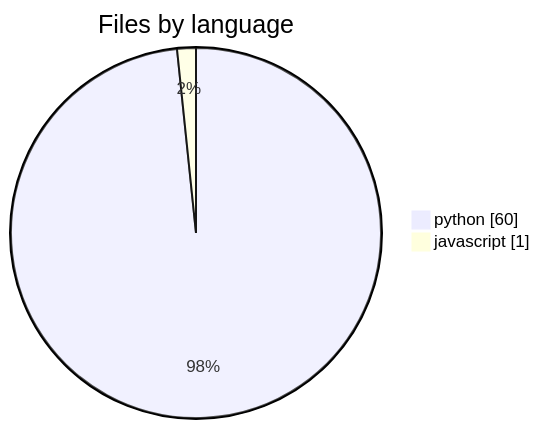
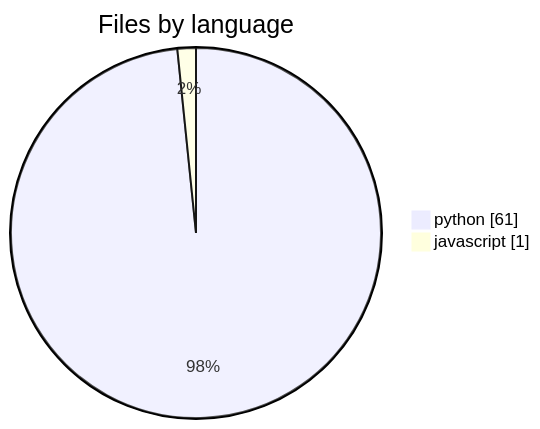
The fourth of 6 diagrams in .mentis/context/architecture.md (wolframs/jspace-probes), drawn with Mermaid before and after one commit. The commit also changed other lines of this file and 119 other files, not shown here.

First line of the commit message:
apparatus-12 lands: the Fig-4C concept swap, built and first-fired

````diff
--- a/.mentis/context/architecture.md
+++ b/.mentis/context/architecture.md
@@ -38,5 +38,5 @@
 ```mermaid
 pie showData title Files by language
-    "python" : 60
+    "python" : 61
     "javascript" : 1
 ```
````
